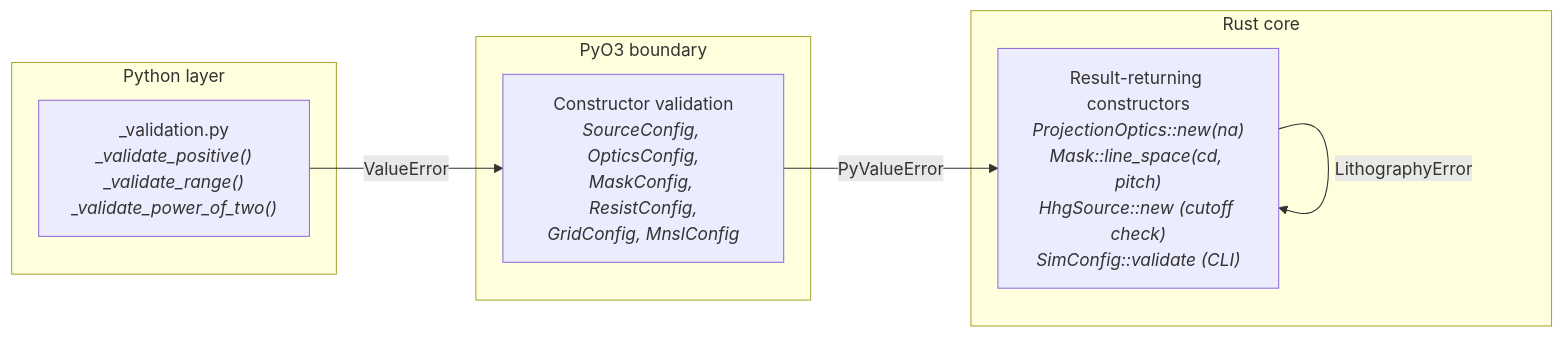
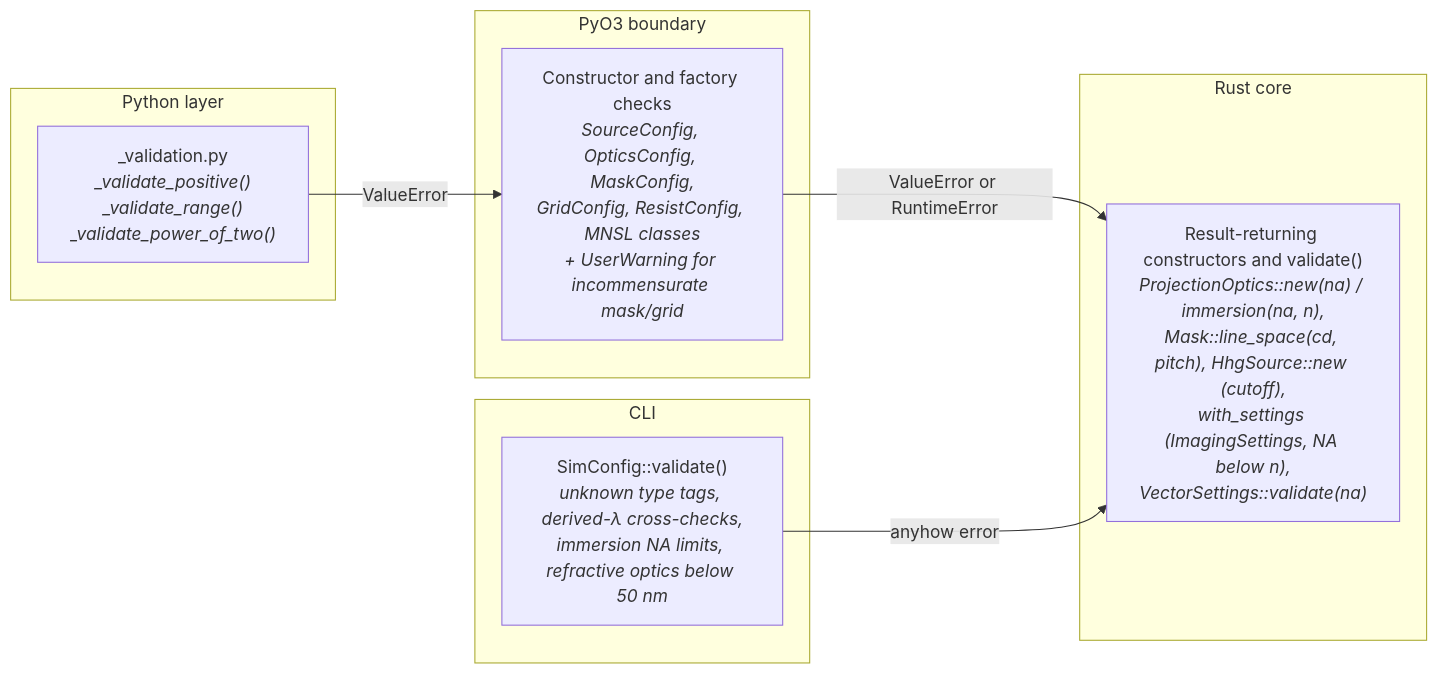
One commit to sonoransun/highuvlith changed the third of 3 diagrams in docs/architecture.md. Above: the diagram before and after it, drawn with Mermaid. The commit also changed other lines of this file and 496 other files, not shown here.

````diff
--- a/docs/architecture.md
+++ b/docs/architecture.md
@@ -109,18 +305,22 @@
 ```mermaid
 graph LR
     subgraph Python["Python layer"]
         PV["_validation.py<br/><i>_validate_positive()<br/>_validate_range()<br/>_validate_power_of_two()</i>"]
     end
 
     subgraph PyO3["PyO3 boundary"]
-        BV["Constructor validation<br/><i>SourceConfig, OpticsConfig,<br/>MaskConfig, ResistConfig,<br/>GridConfig, MnslConfig</i>"]
+        BV["Constructor and factory checks<br/><i>SourceConfig, OpticsConfig, MaskConfig,<br/>GridConfig, ResistConfig, MNSL classes<br/>+ UserWarning for incommensurate mask/grid</i>"]
     end
 
     subgraph Rust["Rust core"]
-        RV["Result-returning constructors<br/><i>ProjectionOptics::new(na)<br/>Mask::line_space(cd, pitch)<br/>HhgSource::new (cutoff check)<br/>SimConfig::validate (CLI)</i>"]
+        RV["Result-returning constructors and validate()<br/><i>ProjectionOptics::new(na) / immersion(na, n),<br/>Mask::line_space(cd, pitch), HhgSource::new (cutoff),<br/>with_settings (ImagingSettings, NA below n),<br/>VectorSettings::validate(na)</i>"]
+    end
+
+    subgraph CLIV["CLI"]
+        CV["SimConfig::validate()<br/><i>unknown type tags, derived-λ cross-checks,<br/>immersion NA limits, refractive optics below 50 nm</i>"]
     end
 
     PV -->|ValueError| BV
-    BV -->|PyValueError| RV
-    RV -->|LithographyError| RV
+    BV -->|ValueError or RuntimeError| RV
+    CV -->|anyhow error| RV
 ```
````
